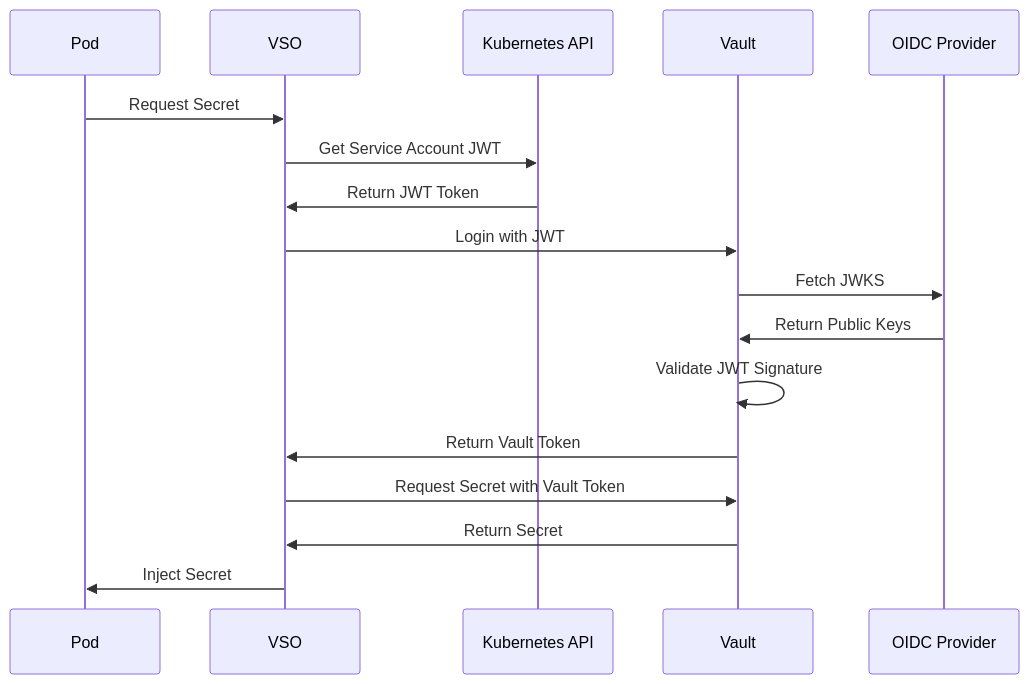
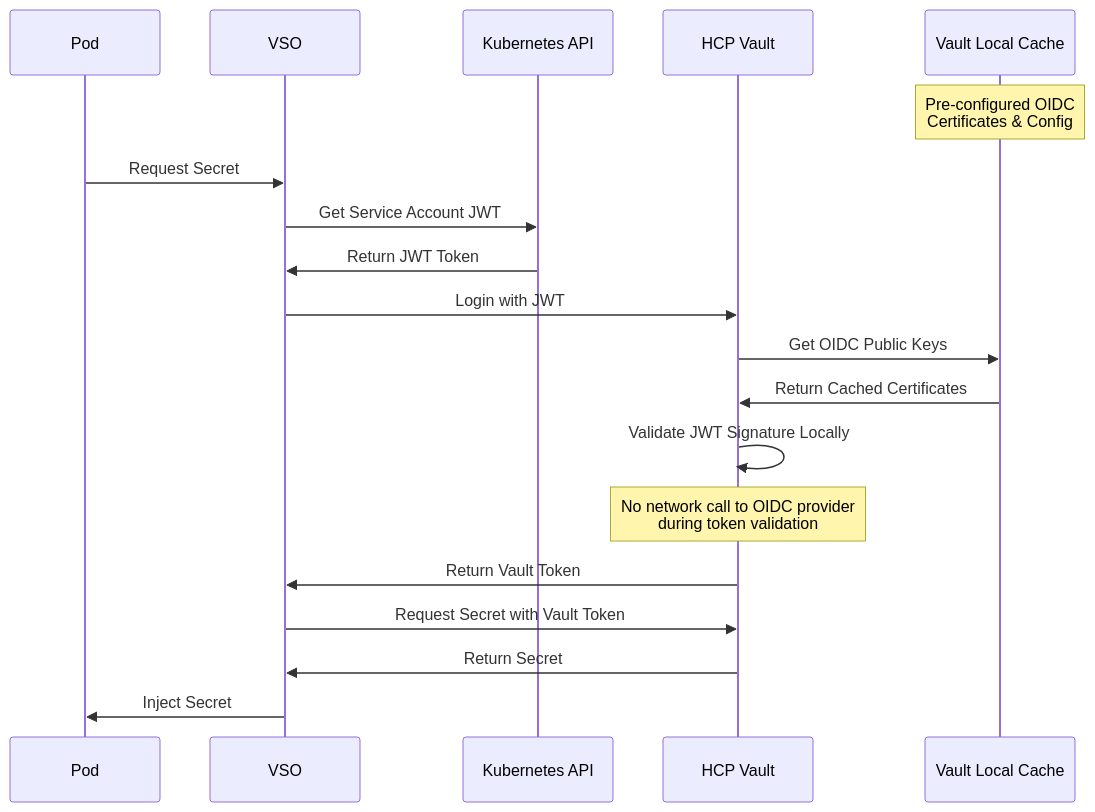
Before and after one commit to ucbabu/hcp-vault: the fourth of 4 diagrams in docs/kubernetes-integration-guide.md, drawn with Mermaid. The commit also changed other lines of this file, not shown here.

Commit message:
fixed aks auth flows

````diff
--- a/docs/kubernetes-integration-guide.md
+++ b/docs/kubernetes-integration-guide.md
@@ -113,20 +135,22 @@
 ```mermaid
 sequenceDiagram
     participant Pod
     participant VSO
     participant K8sAPI as Kubernetes API
-    participant Vault
-    participant OIDC as OIDC Provider
+    participant Vault as HCP Vault
+    participant Cache as Vault Local Cache
+    Note over Cache: Pre-configured OIDC<br/>Certificates & Config
     
     Pod->>VSO: Request Secret
     VSO->>K8sAPI: Get Service Account JWT
     K8sAPI->>VSO: Return JWT Token
     VSO->>Vault: Login with JWT
-    Vault->>OIDC: Fetch JWKS
-    OIDC->>Vault: Return Public Keys
-    Vault->>Vault: Validate JWT Signature
+    Vault->>Cache: Get OIDC Public Keys
+    Cache->>Vault: Return Cached Certificates
+    Vault->>Vault: Validate JWT Signature Locally
+    Note over Vault: No network call to OIDC provider<br/>during token validation
     Vault->>VSO: Return Vault Token
     VSO->>Vault: Request Secret with Vault Token
     Vault->>VSO: Return Secret
     VSO->>Pod: Inject Secret
 ```
````
